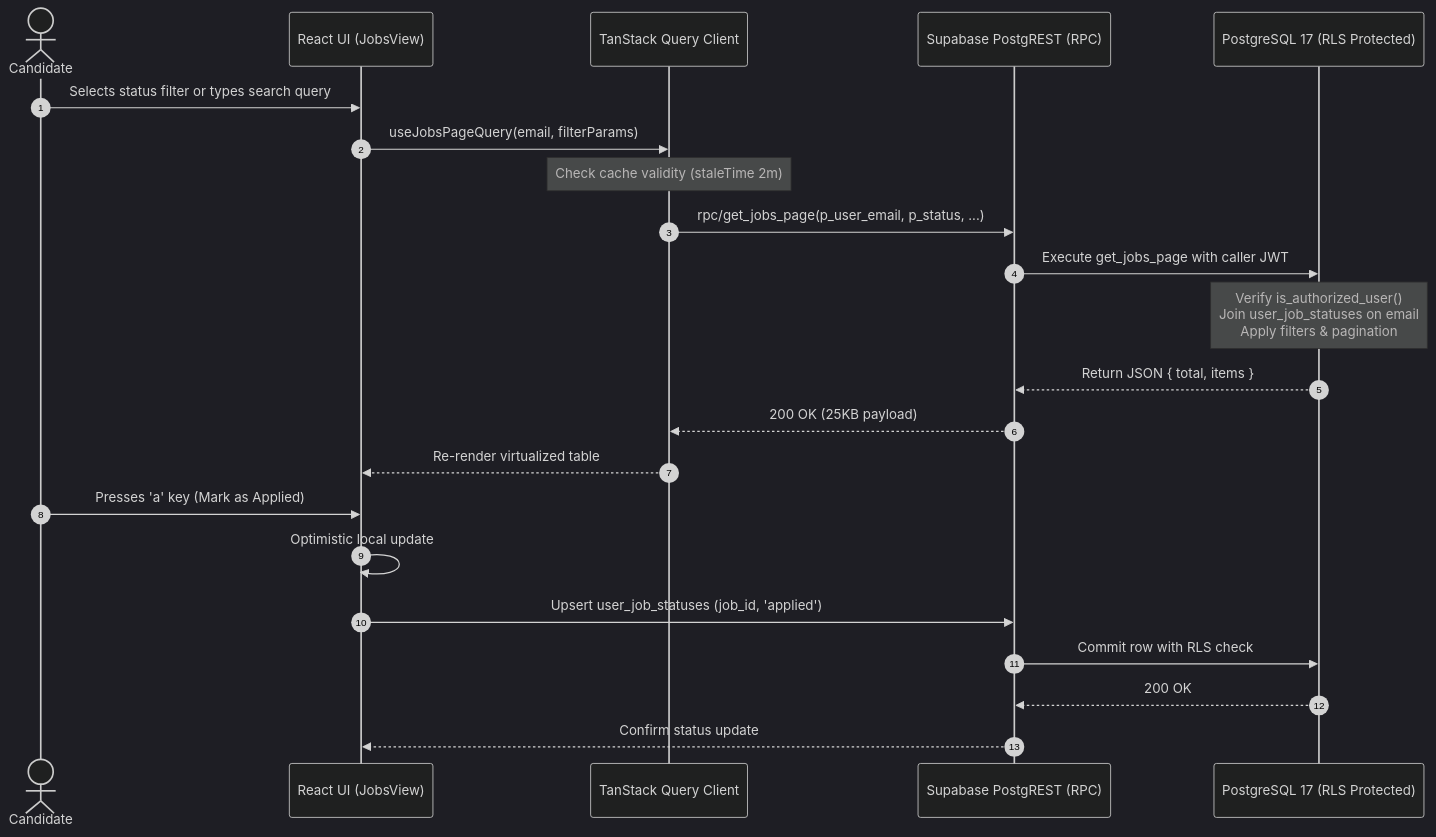
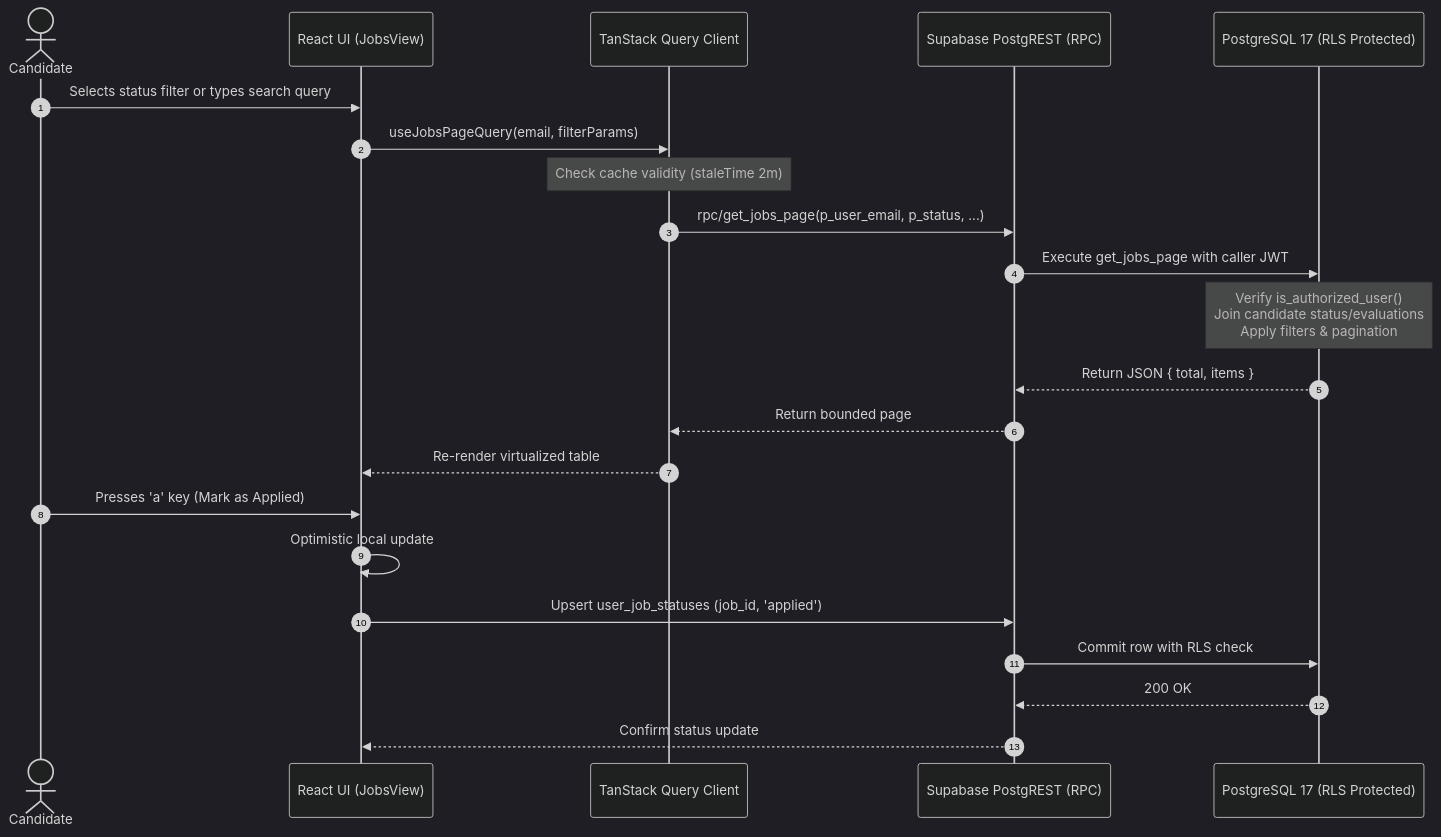
One commit to jae-labs/jobpulse changed the second of 2 diagrams in docs/ARCHITECTURE.md. Above: the diagram before and after it, drawn with Mermaid (dark theme). The commit also changed other lines of this file and 35 other files, not shown here.

````diff
--- a/docs/ARCHITECTURE.md
+++ b/docs/ARCHITECTURE.md
@@ -62,25 +58,25 @@
 ```mermaid
 sequenceDiagram
     autonumber
     actor Candidate as Candidate
     participant UI as React UI (JobsView)
     participant Query as TanStack Query Client
     participant API as Supabase PostgREST (RPC)
     participant DB as PostgreSQL 17 (RLS Protected)
 
     Candidate->>UI: Selects status filter or types search query
     UI->>Query: useJobsPageQuery(email, filterParams)
     Note over Query: Check cache validity (staleTime 2m)
     Query->>API: rpc/get_jobs_page(p_user_email, p_status, ...)
     API->>DB: Execute get_jobs_page with caller JWT
-    Note over DB: Verify is_authorized_user()<br/>Join user_job_statuses on email<br/>Apply filters & pagination
+    Note over DB: Verify is_authorized_user()<br/>Join candidate status/evaluations<br/>Apply filters & pagination
     DB-->>API: Return JSON { total, items }
-    API-->>Query: 200 OK (25KB payload)
+    API-->>Query: Return bounded page
     Query-->>UI: Re-render virtualized table
     Candidate->>UI: Presses 'a' key (Mark as Applied)
     UI->>UI: Optimistic local update
     UI->>API: Upsert user_job_statuses (job_id, 'applied')
     API->>DB: Commit row with RLS check
     DB-->>API: 200 OK
     API-->>UI: Confirm status update
 ```
````
